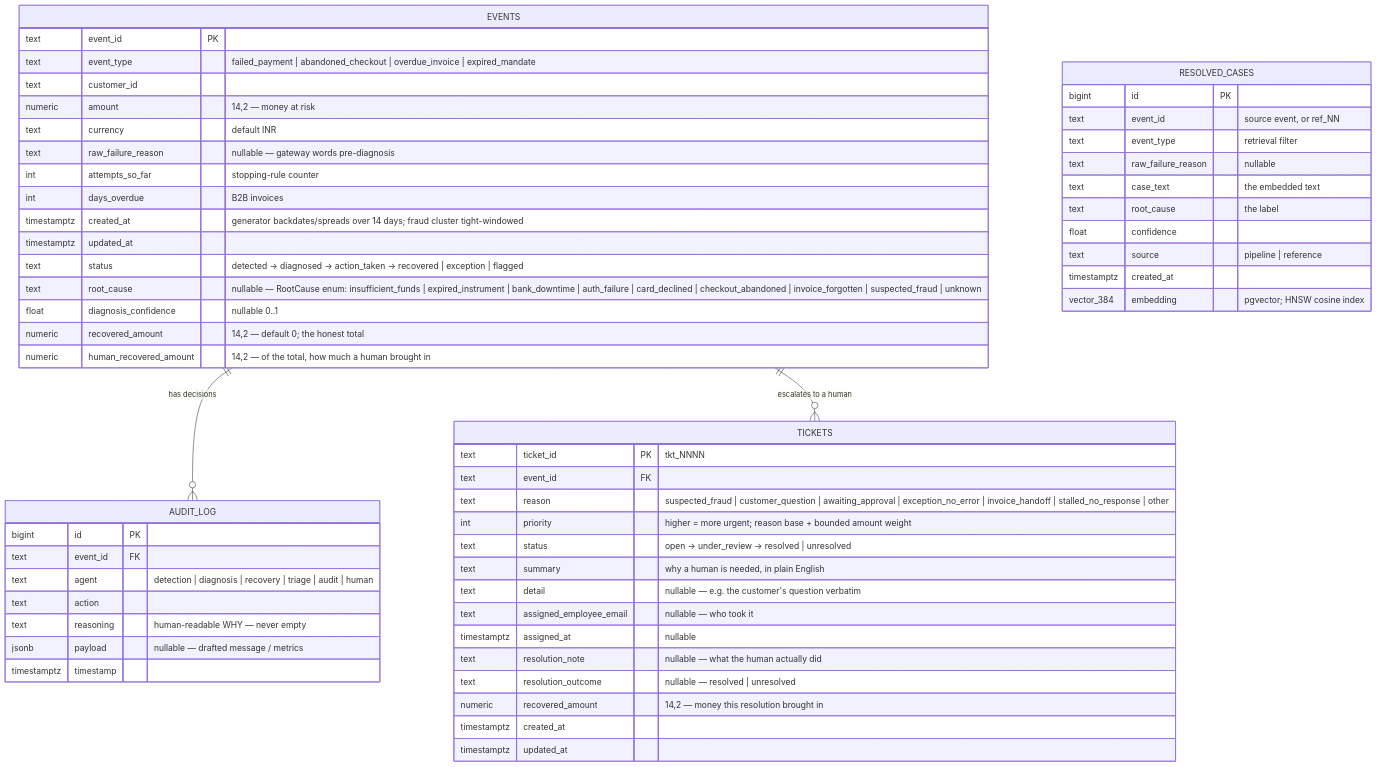
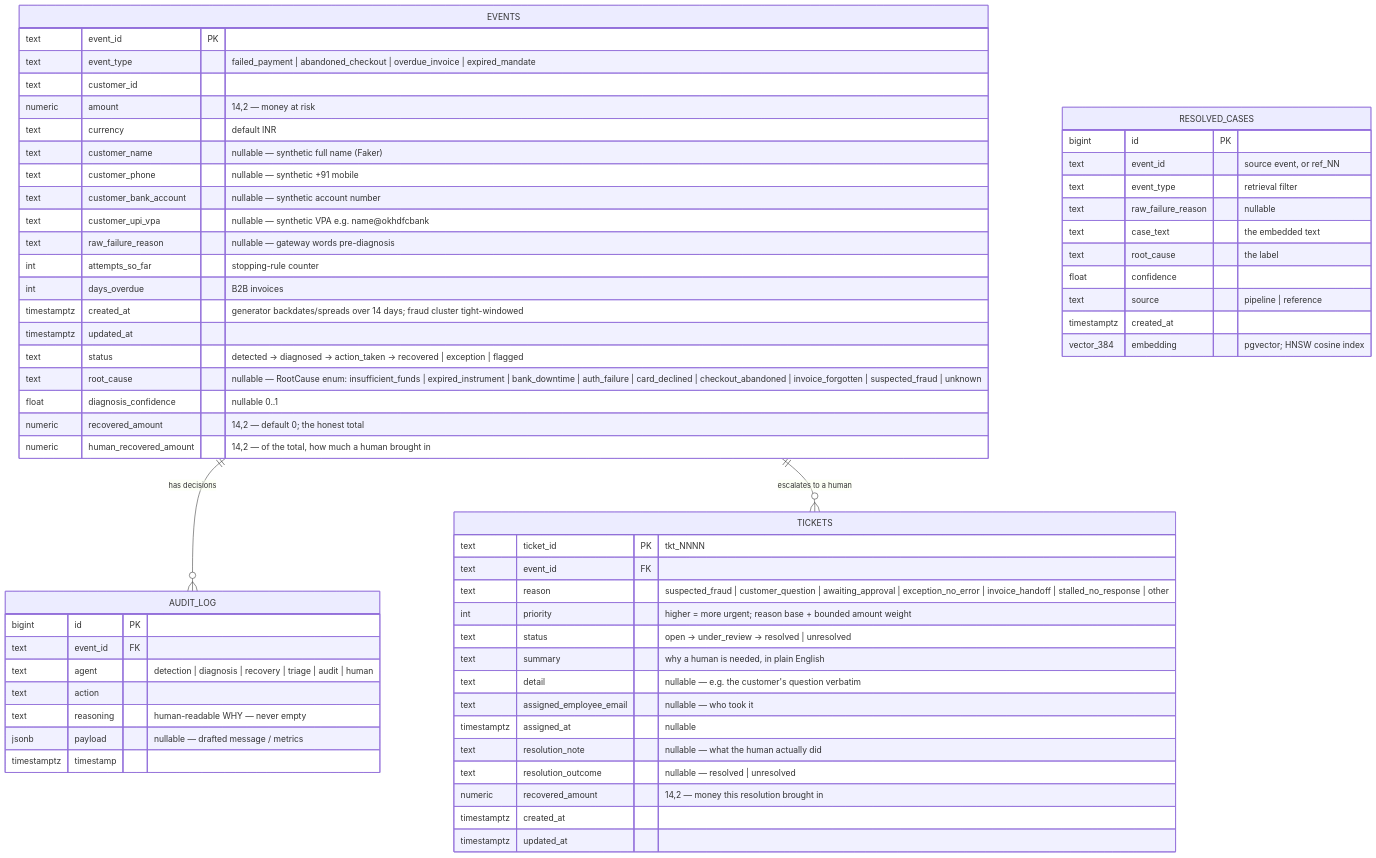
One commit to Skeletor-Pirate/AI-Revenue-Recovery changed the third of 8 diagrams in architecture.md. Above: the diagram before and after it, drawn with Mermaid. The commit also changed other lines of this file and 24 other files, not shown here.

````diff
--- a/architecture.md
+++ b/architecture.md
@@ -185,63 +190,67 @@
 ```mermaid
 erDiagram
     EVENTS ||--o{ AUDIT_LOG : "has decisions"
     EVENTS ||--o{ TICKETS : "escalates to a human"
 
     EVENTS {
         text        event_id PK
         text        event_type "failed_payment | abandoned_checkout | overdue_invoice | expired_mandate"
         text        customer_id
         numeric     amount "14,2 — money at risk"
         text        currency "default INR"
+        text        customer_name "nullable — synthetic full name (Faker)"
+        text        customer_phone "nullable — synthetic +91 mobile"
+        text        customer_bank_account "nullable — synthetic account number"
+        text        customer_upi_vpa "nullable — synthetic VPA e.g. name@okhdfcbank"
         text        raw_failure_reason "nullable — gateway words pre-diagnosis"
         int         attempts_so_far "stopping-rule counter"
         int         days_overdue "B2B invoices"
         timestamptz created_at "generator backdates/spreads over 14 days; fraud cluster tight-windowed"
         timestamptz updated_at
         text        status "detected → diagnosed → action_taken → recovered | exception | flagged"
         text        root_cause "nullable — RootCause enum: insufficient_funds | expired_instrument | bank_downtime | auth_failure | card_declined | checkout_abandoned | invoice_forgotten | suspected_fraud | unknown"
         float       diagnosis_confidence "nullable 0..1"
         numeric     recovered_amount "14,2 — default 0; the honest total"
         numeric     human_recovered_amount "14,2 — of the total, how much a human brought in"
     }
 
     AUDIT_LOG {
         bigint      id PK
         text        event_id FK
         text        agent "detection | diagnosis | recovery | triage | audit | human"
         text        action
         text        reasoning "human-readable WHY — never empty"
         jsonb       payload "nullable — drafted message / metrics"
         timestamptz timestamp
     }
 
     TICKETS {
         text        ticket_id PK "tkt_NNNN"
         text        event_id FK
         text        reason "suspected_fraud | customer_question | awaiting_approval | exception_no_error | invoice_handoff | stalled_no_response | other"
         int         priority "higher = more urgent; reason base + bounded amount weight"
         text        status "open → under_review → resolved | unresolved"
         text        summary "why a human is needed, in plain English"
         text        detail "nullable — e.g. the customer's question verbatim"
         text        assigned_employee_email "nullable — who took it"
         timestamptz assigned_at "nullable"
         text        resolution_note "nullable — what the human actually did"
         text        resolution_outcome "nullable — resolved | unresolved"
         numeric     recovered_amount "14,2 — money this resolution brought in"
         timestamptz created_at
         timestamptz updated_at
     }
 
     RESOLVED_CASES {
         bigint       id PK
         text         event_id "source event, or ref_NN"
         text         event_type "retrieval filter"
         text         raw_failure_reason "nullable"
         text         case_text "the embedded text"
         text         root_cause "the label"
         float        confidence
         text         source "pipeline | reference"
         timestamptz  created_at
         vector_384   embedding "pgvector; HNSW cosine index"
     }
 ```
````
